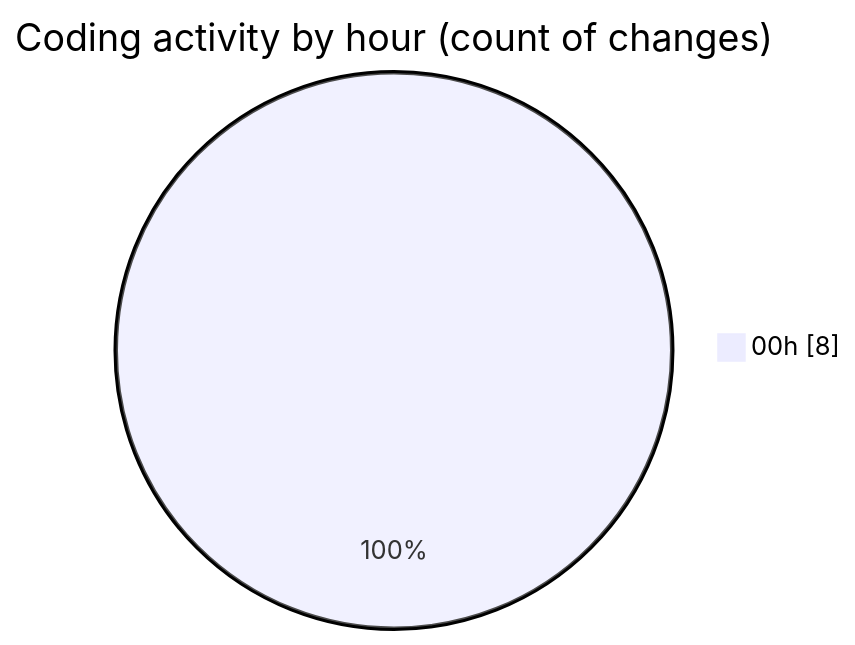
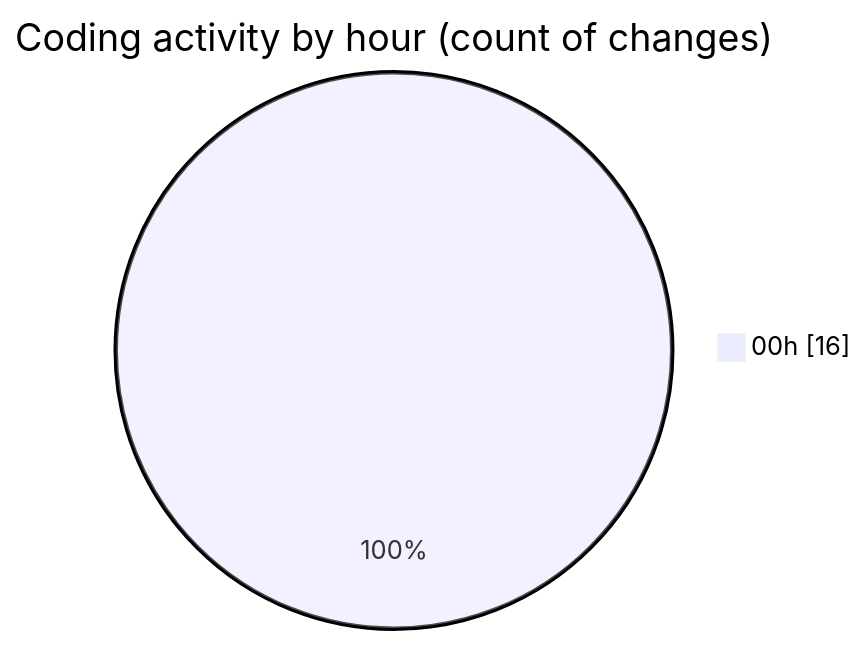
One commit to hasnaa123/code-tracking changed the second of 2 diagrams in 2026-02-21/student_performance_system/README.md. Above: the diagram before and after it, drawn with Mermaid. The commit also changed other lines of this file and 1 other file, not shown here.

````diff
--- a/2026-02-21/student_performance_system/README.md
+++ b/2026-02-21/student_performance_system/README.md
@@ -28,5 +28,5 @@
 ```mermaid
 pie showData
 title Coding activity by hour (count of changes)
-"00h" : 8
+"00h" : 16
 ```
````
